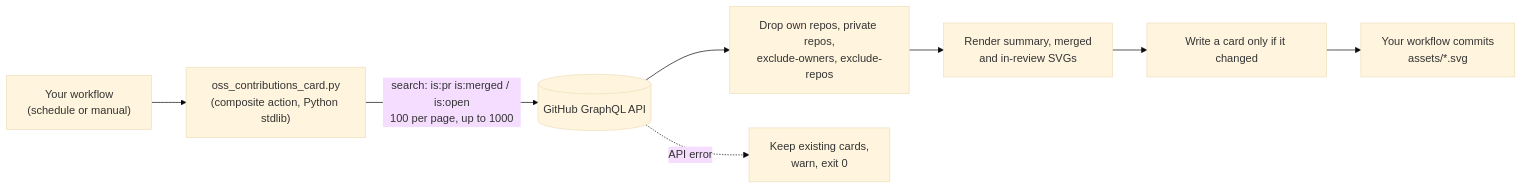
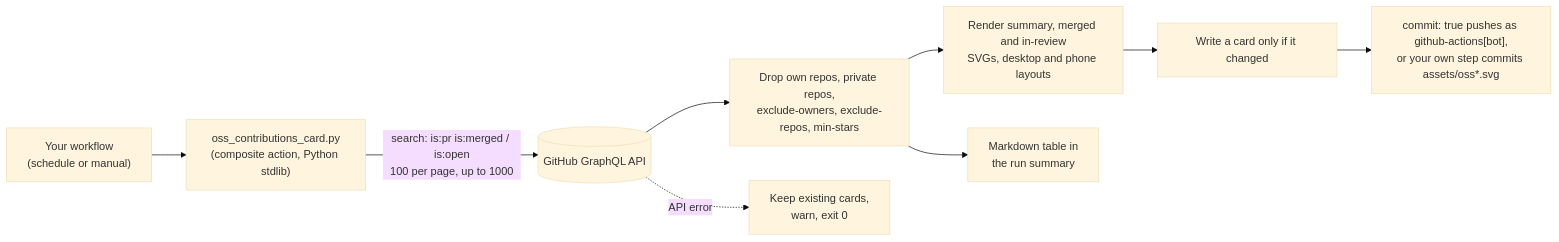
The diagram in README.md (Sagargupta16/oss-contributions-card-action), drawn with Mermaid (base theme) before and after one commit. The commit also changed other lines of this file and 12 other files, not shown here.

First line of the commit message:
feat: add phone layouts, commit input, min-stars filter and run summary (#4)

````diff
--- a/README.md
+++ b/README.md
@@ -135,10 +177,11 @@
 ```mermaid
 flowchart LR
     cron["Your workflow<br/>(schedule or manual)"] --> action["oss_contributions_card.py<br/>(composite action, Python stdlib)"]
     action -- "search: is:pr is:merged / is:open<br/>100 per page, up to 1000" --> gql[("GitHub GraphQL API")]
-    gql --> filter["Drop own repos, private repos,<br/>exclude-owners, exclude-repos"]
-    filter --> render["Render summary, merged<br/>and in-review SVGs"]
+    gql --> filter["Drop own repos, private repos,<br/>exclude-owners, exclude-repos, min-stars"]
+    filter --> render["Render summary, merged and in-review<br/>SVGs, desktop and phone layouts"]
+    filter --> report["Markdown table in<br/>the run summary"]
     render --> write["Write a card only if it changed"]
-    write --> commit["Your workflow commits<br/>assets/*.svg"]
+    write --> commit["commit: true pushes as github-actions[bot],<br/>or your own step commits assets/oss*.svg"]
     gql -. "API error" .-> keep["Keep existing cards,<br/>warn, exit 0"]
 ```
````
